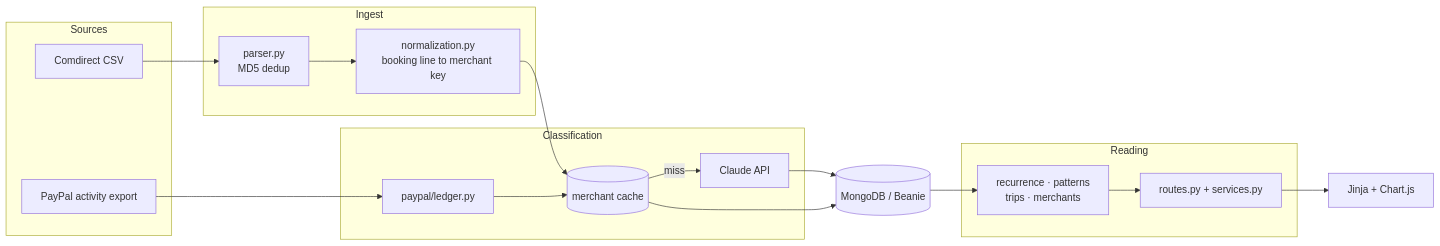
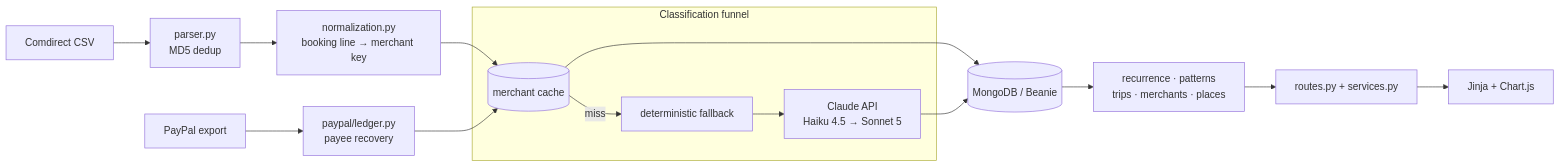
Before and after one commit to henrygerlach/Personal-Finance-Dashboard: the diagram in README.md, drawn with Mermaid. The commit also changed other lines of this file, not shown here.

````diff
--- a/README.md
+++ b/README.md
@@ -86,32 +71,20 @@
 ```mermaid
 graph LR
-    subgraph Sources
-        CSV[Comdirect CSV]
-        PP[PayPal activity export]
+    CSV[Comdirect CSV] --> Parser[parser.py<br/>MD5 dedup]
+    Parser --> Norm[normalization.py<br/>booking line → merchant key]
+    PP[PayPal export] --> Ledger[paypal/ledger.py<br/>payee recovery]
+
+    subgraph "Classification funnel"
+        Cache[(merchant cache)]
+        Fallback[deterministic fallback]
+        API[Claude API<br/>Haiku 4.5 → Sonnet 5]
     end
 
-    subgraph Ingest
-        Parser[parser.py<br/>MD5 dedup]
-        Norm[normalization.py<br/>booking line to merchant key]
-    end
-
-    subgraph Classification
-        Cache[(merchant cache)]
-        Ledger[paypal/ledger.py]
-        API[Claude API]
-    end
-
-    subgraph Reading
-        Det[recurrence · patterns<br/>trips · merchants]
-        Routes[routes.py + services.py]
-    end
-
-    DB[(MongoDB / Beanie)]
-
-    CSV --> Parser --> Norm --> Cache
-    PP --> Ledger --> Cache
-    Cache -->|miss| API
+    Norm --> Cache
+    Ledger --> Cache
+    Cache -->|miss| Fallback --> API
+    Cache --> DB[(MongoDB / Beanie)]
     API --> DB
-    Cache --> DB
-    DB --> Det --> Routes --> UI[Jinja + Chart.js]
+    DB --> Det[recurrence · patterns<br/>trips · merchants · places]
+    Det --> Routes[routes.py + services.py] --> UI[Jinja + Chart.js]
 ```
````
